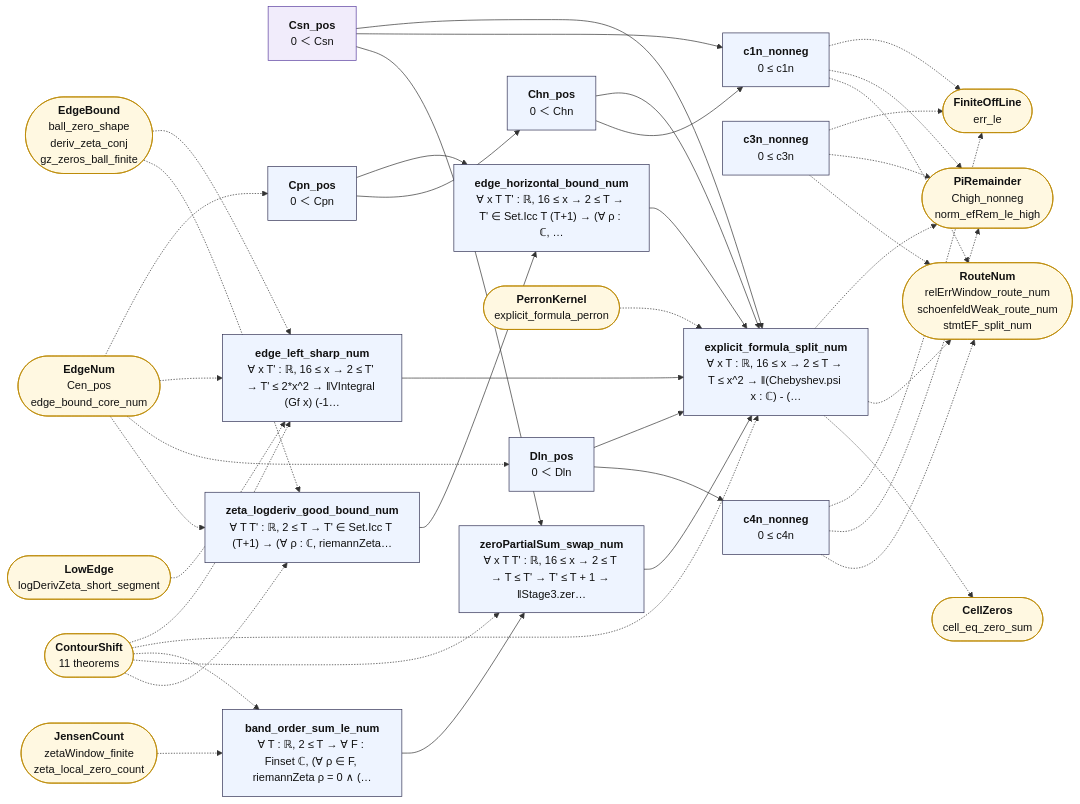
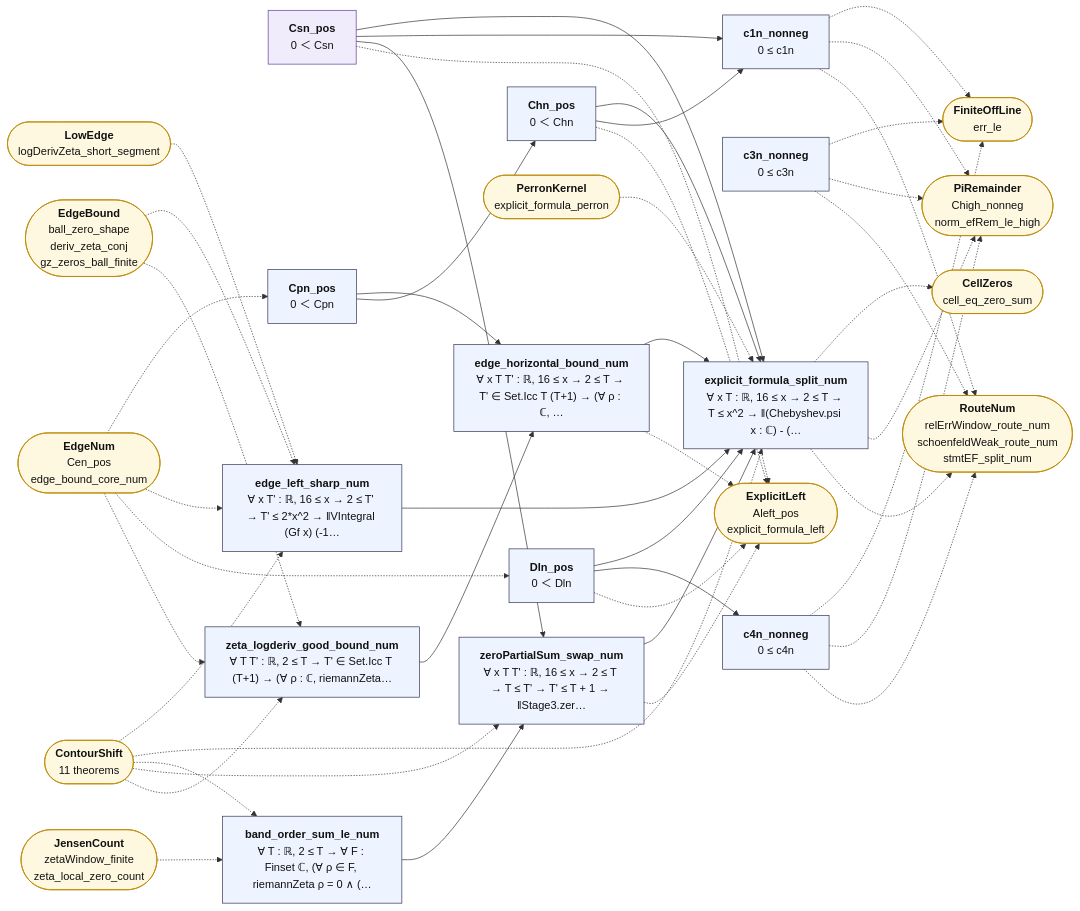
The diagram in map/lean_stage3/GlueNum.mmd (juliansambranojr/Primebeat_081426), drawn with Mermaid before and after one commit. The commit also changed 43 other files, not shown here.

First line of the commit message:
Block F1: the explicit formula at every height (units 0457, 0458)

```diff
--- a/map/lean_stage3/GlueNum.mmd
+++ b/map/lean_stage3/GlueNum.mmd
@@ -1,72 +1,78 @@
 flowchart LR
   n0["<b>Csn_pos</b><br/>0 ＜ Csn"]:::shp
   n1["<b>Cpn_pos</b><br/>0 ＜ Cpn"]:::thm
   n2["<b>Chn_pos</b><br/>0 ＜ Chn"]:::thm
   n3["<b>Dln_pos</b><br/>0 ＜ Dln"]:::thm
   n4["<b>c1n_nonneg</b><br/>0 ≤ c1n"]:::thm
   n5["<b>c3n_nonneg</b><br/>0 ≤ c3n"]:::thm
   n6["<b>c4n_nonneg</b><br/>0 ≤ c4n"]:::thm
   n7["<b>band_order_sum_le_num</b><br/>∀ T : ℝ, 2 ≤ T → ∀ F : Finset ℂ, (∀ ρ ∈ F, riemannZeta ρ = 0 ∧ (…"]:::thm
   n8["<b>zeroPartialSum_swap_num</b><br/>∀ x T T' : ℝ, 16 ≤ x → 2 ≤ T → T ≤ T' → T' ≤ T + 1 → ‖Stage3.zer…"]:::thm
   n9["<b>zeta_logderiv_good_bound_num</b><br/>∀ T T' : ℝ, 2 ≤ T → T' ∈ Set.Icc T (T+1) → (∀ ρ : ℂ, riemannZeta…"]:::thm
   n10["<b>edge_horizontal_bound_num</b><br/>∀ x T T' : ℝ, 16 ≤ x → 2 ≤ T → T' ∈ Set.Icc T (T+1) → (∀ ρ : ℂ, …"]:::thm
   n11["<b>edge_left_sharp_num</b><br/>∀ x T' : ℝ, 16 ≤ x → 2 ≤ T' → T' ≤ 2*x^2 → ‖VIntegral (Gf x) (-1…"]:::thm
   n12["<b>explicit_formula_split_num</b><br/>∀ x T : ℝ, 16 ≤ x → 2 ≤ T → T ≤ x^2 → ‖(Chebyshev.psi x : ℂ) - (…"]:::thm
-  x0(["<b>EdgeNum</b><br/>Cen_pos<br/>edge_bound_core_num"]):::ext
-  x1(["<b>FiniteOffLine</b><br/>err_le"]):::ext
-  x2(["<b>PiRemainder</b><br/>Chigh_nonneg<br/>norm_efRem_le_high"]):::ext
-  x3(["<b>RouteNum</b><br/>relErrWindow_route_num<br/>schoenfeldWeak_route_num<br/>stmtEF_split_num"]):::ext
-  x4(["<b>ContourShift</b><br/>11 theorems"]):::ext
-  x5(["<b>JensenCount</b><br/>zetaWindow_finite<br/>zeta_local_zero_count"]):::ext
-  x6(["<b>EdgeBound</b><br/>ball_zero_shape<br/>deriv_zeta_conj<br/>gz_zeros_ball_finite"]):::ext
-  x7(["<b>LowEdge</b><br/>logDerivZeta_short_segment"]):::ext
-  x8(["<b>PerronKernel</b><br/>explicit_formula_perron"]):::ext
-  x9(["<b>CellZeros</b><br/>cell_eq_zero_sum"]):::ext
+  x0(["<b>ExplicitLeft</b><br/>Aleft_pos<br/>explicit_formula_left"]):::ext
+  x1(["<b>EdgeNum</b><br/>Cen_pos<br/>edge_bound_core_num"]):::ext
+  x2(["<b>FiniteOffLine</b><br/>err_le"]):::ext
+  x3(["<b>PiRemainder</b><br/>Chigh_nonneg<br/>norm_efRem_le_high"]):::ext
+  x4(["<b>RouteNum</b><br/>relErrWindow_route_num<br/>schoenfeldWeak_route_num<br/>stmtEF_split_num"]):::ext
+  x5(["<b>ContourShift</b><br/>11 theorems"]):::ext
+  x6(["<b>JensenCount</b><br/>zetaWindow_finite<br/>zeta_local_zero_count"]):::ext
+  x7(["<b>EdgeBound</b><br/>ball_zero_shape<br/>deriv_zeta_conj<br/>gz_zeros_ball_finite"]):::ext
+  x8(["<b>LowEdge</b><br/>logDerivZeta_short_segment"]):::ext
+  x9(["<b>PerronKernel</b><br/>explicit_formula_perron"]):::ext
+  x10(["<b>CellZeros</b><br/>cell_eq_zero_sum"]):::ext
   n0 --> n12
   n0 --> n4
   n0 --> n8
   n1 --> n10
   n1 --> n2
   n10 --> n12
   n11 --> n12
   n2 --> n12
   n2 --> n4
   n3 --> n12
   n3 --> n6
   n7 --> n8
   n8 --> n12
   n9 --> n10
-  n12 -.-> x2
+  n0 -.-> x0
+  n10 -.-> x0
+  n12 -.-> x10
   n12 -.-> x3
-  n12 -.-> x9
-  n4 -.-> x1
+  n12 -.-> x4
+  n2 -.-> x0
+  n3 -.-> x0
   n4 -.-> x2
   n4 -.-> x3
-  n5 -.-> x1
+  n4 -.-> x4
   n5 -.-> x2
   n5 -.-> x3
-  n6 -.-> x1
+  n5 -.-> x4
   n6 -.-> x2
   n6 -.-> x3
-  x0 -.-> n1
-  x0 -.-> n11
-  x0 -.-> n3
-  x0 -.-> n9
-  x4 -.-> n11
-  x4 -.-> n12
-  x4 -.-> n7
-  x4 -.-> n8
-  x4 -.-> n9
+  n6 -.-> x4
+  n8 -.-> x0
+  x1 -.-> n1
+  x1 -.-> n11
+  x1 -.-> n3
+  x1 -.-> n9
+  x5 -.-> n11
+  x5 -.-> n12
   x5 -.-> n7
-  x6 -.-> n11
-  x6 -.-> n9
+  x5 -.-> n8
+  x5 -.-> n9
+  x6 -.-> n7
   x7 -.-> n11
-  x8 -.-> n12
+  x7 -.-> n9
+  x8 -.-> n11
+  x9 -.-> n12
   classDef cnt fill:#dff5ec,stroke:#17694a,color:#111
   classDef shp fill:#f1ecfb,stroke:#5b3fa0,color:#111
   classDef rh fill:#ffe5e5,stroke:#c22,color:#111,stroke-width:2px
   classDef thm fill:#eef4ff,stroke:#335,color:#111
   classDef end_ fill:#e7f7e7,stroke:#2a7,color:#111,stroke-width:2px
   classDef lone fill:#fff,stroke:#999,color:#111,stroke-dasharray:4 3
   classDef bad fill:#ffe5e5,stroke:#c22,color:#111,stroke-width:2px
   classDef ext fill:#fff8e1,stroke:#b80,color:#111
```
